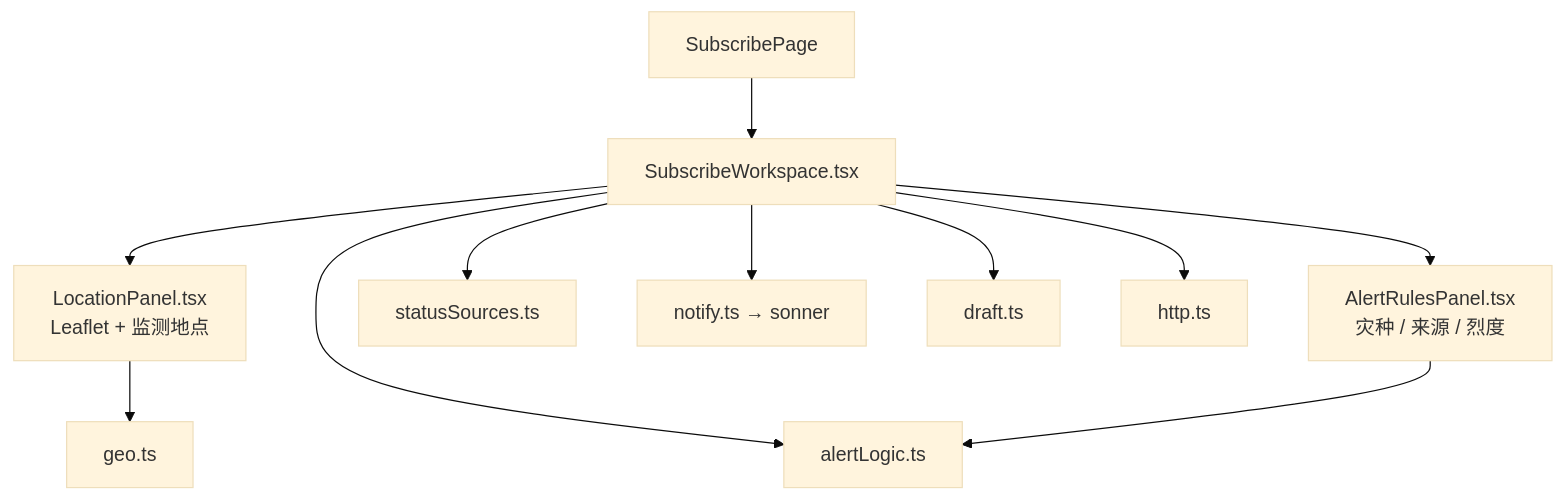
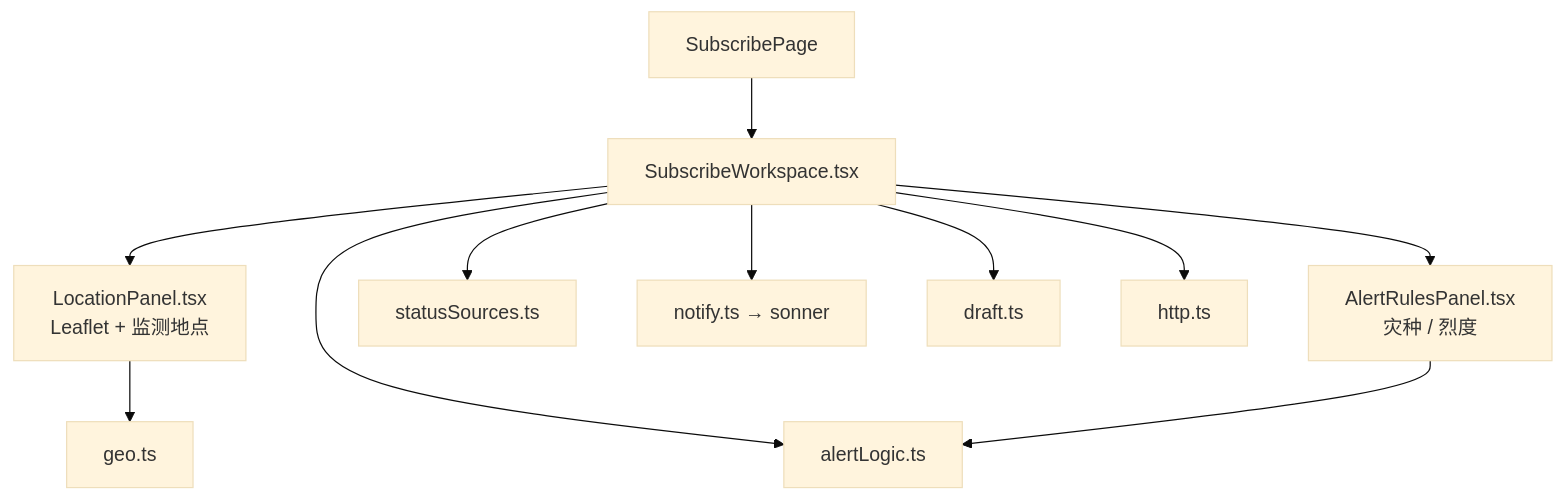
Before and after one commit to luyi2008/disaster-alert-web: the third of 8 diagrams in docs/architecture.md, drawn with Mermaid (base theme). The commit also changed other lines of this file and 11 other files, not shown here.

````diff
--- a/docs/architecture.md
+++ b/docs/architecture.md
@@ -134,24 +134,24 @@
 ```mermaid
 graph TB
     Page["SubscribePage"]
     Work["SubscribeWorkspace.tsx"]
     Loc["LocationPanel.tsx<br/>Leaflet + 监测地点"]
-    Alerts["AlertRulesPanel.tsx<br/>灾种 / 来源 / 烈度"]
+    Alerts["AlertRulesPanel.tsx<br/>灾种 / 烈度"]
     Logic["alertLogic.ts"]
     Status["statusSources.ts"]
     Notify["notify.ts → sonner"]
     Draft["draft.ts"]
     Geo["geo.ts"]
     Http["http.ts"]
 
     Page --> Work
     Work --> Loc
     Work --> Alerts
     Work --> Logic
     Work --> Status
     Work --> Notify
     Work --> Draft
     Loc --> Geo
     Work --> Http
     Alerts --> Logic
 ```
````
